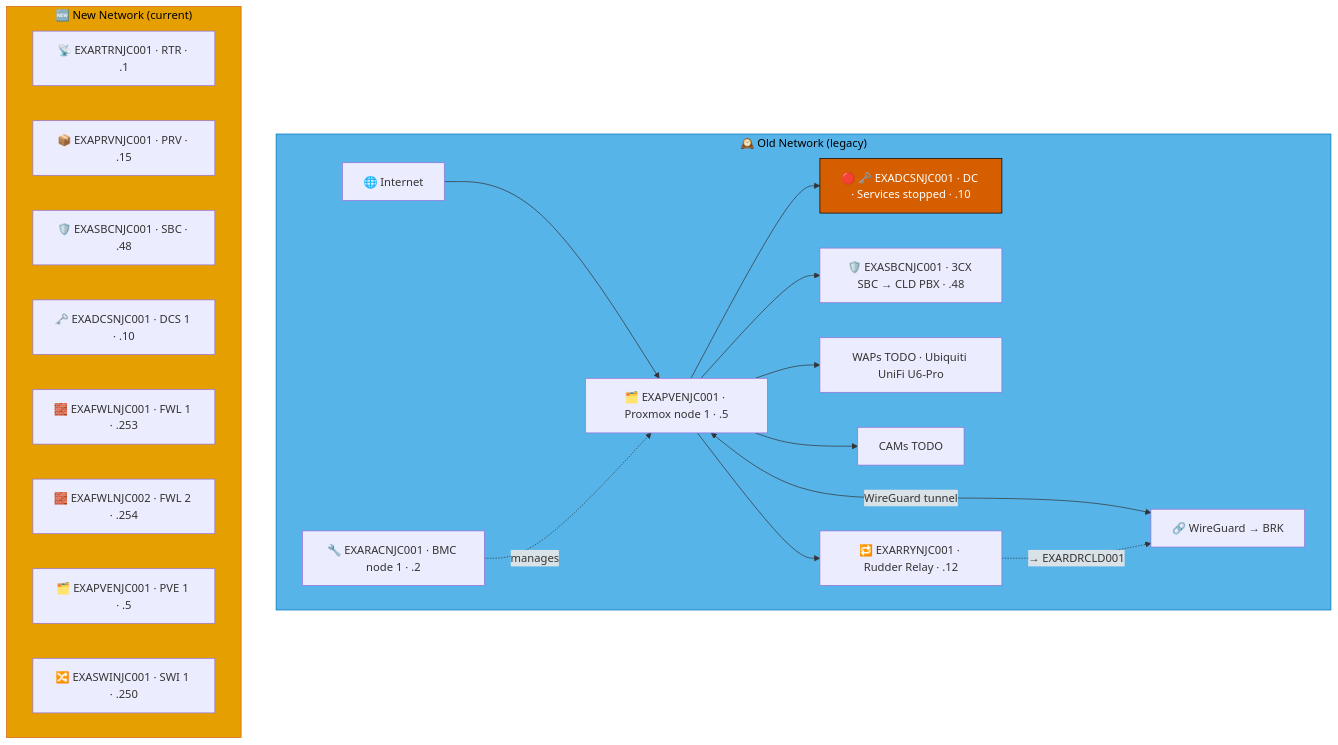
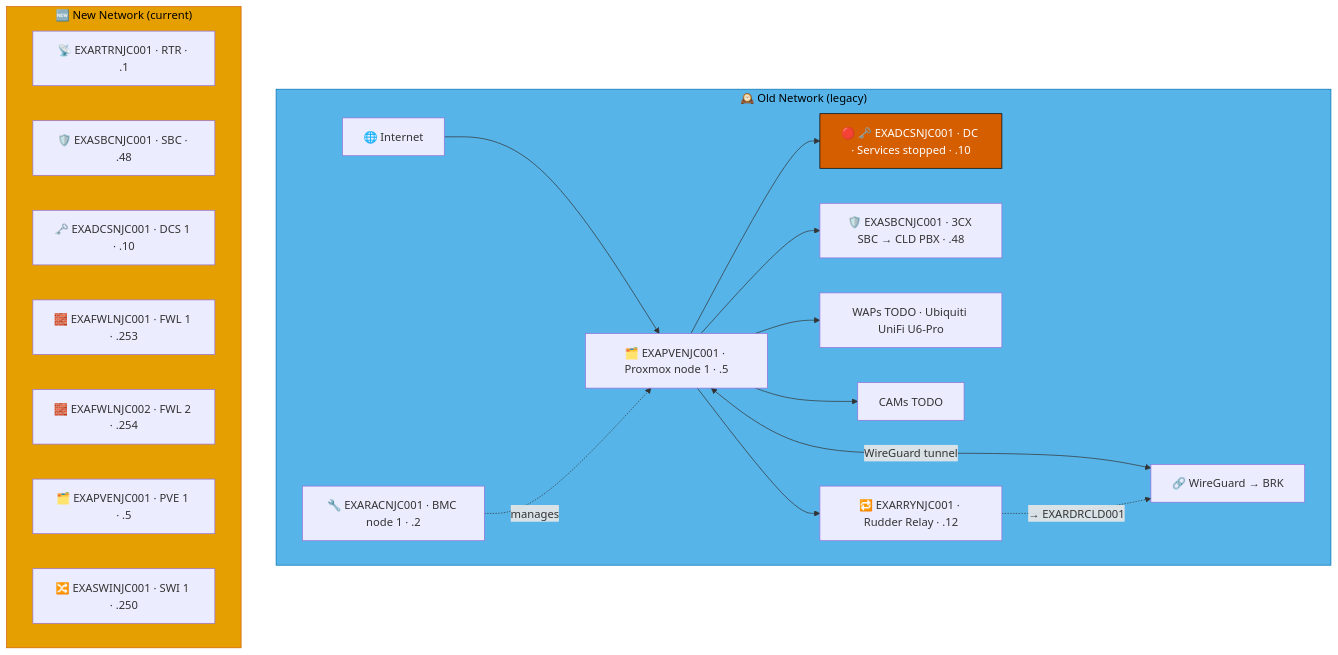
One commit to knightmare2600/example_music_infra changed the third of 8 diagrams in docs/network-diagram/united-states.md. Above: the diagram before and after it, drawn with Mermaid. The commit also changed other lines of this file and 55 other files, not shown here.

````diff
--- a/docs/network-diagram/united-states.md
+++ b/docs/network-diagram/united-states.md
@@ -140,38 +138,37 @@
 ```mermaid
 graph TD
     subgraph OLD_NJC ["🕰️ Old Network (legacy)"]
       INET["🌐 Internet"]
       RAC["🔧 EXARACNJC001 · BMC node 1 · .2"]
       PVE["🗂️ EXAPVENJC001 · Proxmox node 1 · .5"]
       DC["🔴 🗝️ EXADCSNJC001 · DC · Services stopped · .10"]
       SBC["🛡️ EXASBCNJC001 · 3CX SBC → CLD PBX · .48"]
       RRY["🔁 EXARRYNJC001 · Rudder Relay · .12"]
       WAP["WAPs TODO · Ubiquiti UniFi U6-Pro"]
       CAM["CAMs TODO"]
       VPN["🔗 WireGuard → BRK"]
 
       INET --> PVE --> DC & SBC
       RAC -.->|"manages"| PVE
       PVE --> WAP & CAM
       PVE <-->|"WireGuard tunnel"| VPN
 
       PVE --> RRY
       RRY -. "→ EXARDRCLD001" .-> VPN
     end
     style OLD_NJC fill:#56B4E9,stroke:#0072B2,color:#000000
     %% GENERATED:NEW-NETWORK:NJC:START
     subgraph NEW_NJC ["🆕 New Network (current)"]
       N_RTR["📡 EXARTRNJC001 · RTR · .1"]
-      N_PRV["📦 EXAPRVNJC001 · PRV · .15"]
       N_SBC["🛡️ EXASBCNJC001 · SBC · .48"]
       N_DCS["🗝️ EXADCSNJC001 · DCS 1 · .10"]
       N_FWL["🧱 EXAFWLNJC001 · FWL 1 · .253"]
       N_FWL2["🧱 EXAFWLNJC002 · FWL 2 · .254"]
       N_PVE["🗂️ EXAPVENJC001 · PVE 1 · .5"]
       N_SWI["🔀 EXASWINJC001 · SWI 1 · .250"]
     end
     style NEW_NJC fill:#E69F00,stroke:#D55E00,color:#000000
     %% GENERATED:NEW-NETWORK:NJC:END
     classDef warn fill:#D55E00,stroke:#000000,color:#ffffff
     class DC warn
 ```
````
